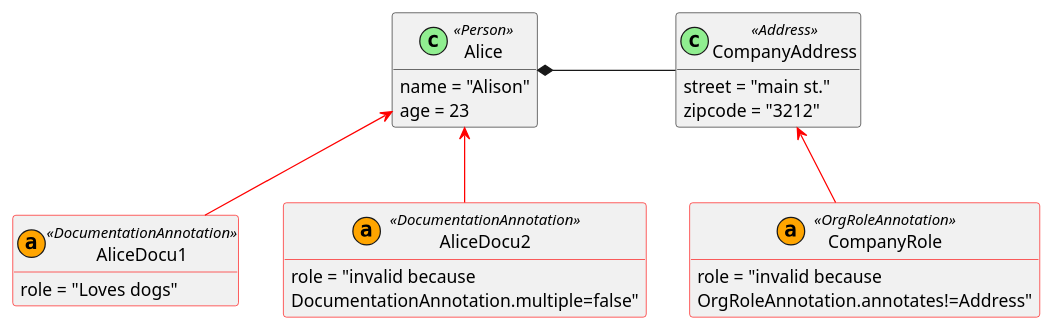
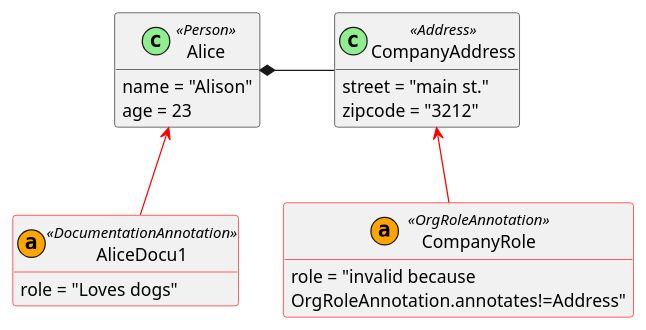
Before and after one commit to LionWeb-io/specification: the third of 4 diagrams in metametamodel/metametamodel.adoc, drawn with PlantUML. The commit also changed other lines of this file and 2 other files, not shown here.

First line of the commit message:
removed Annotation.multiple flag

```diff
--- a/metametamodel/metametamodel.adoc
+++ b/metametamodel/metametamodel.adoc
@@ -271,33 +265,28 @@
 [plantuml, invalid-annotation-m1, svg]
 ----
 hide empty members
 
 class Alice <<c, lightgreen>><<Person>> {
   name = "Alison"
   age = 23
 }
 
 Alice *- CompanyAddress
 
 class CompanyAddress <<c, lightgreen>><<Address>> {
   street = "main st."
   zipcode = "3212"
 }
 
 class AliceDocu1 <<a, orange>><<DocumentationAnnotation>> ##red {
   role = "Loves dogs"
 }
 Alice <-[#red]- AliceDocu1
-class AliceDocu2 <<a, orange>><<DocumentationAnnotation>> ##red {
-  role = "invalid because\nDocumentationAnnotation.multiple=false"
-}
-Alice <-[#red]- AliceDocu2
-
 
 
 class CompanyRole <<a, orange>><<OrgRoleAnnotation>> ##red {
   role = "invalid because\nOrgRoleAnnotation.annotates!=Address"
 }
 
 CompanyAddress <-[#red]- CompanyRole
 ----
```
